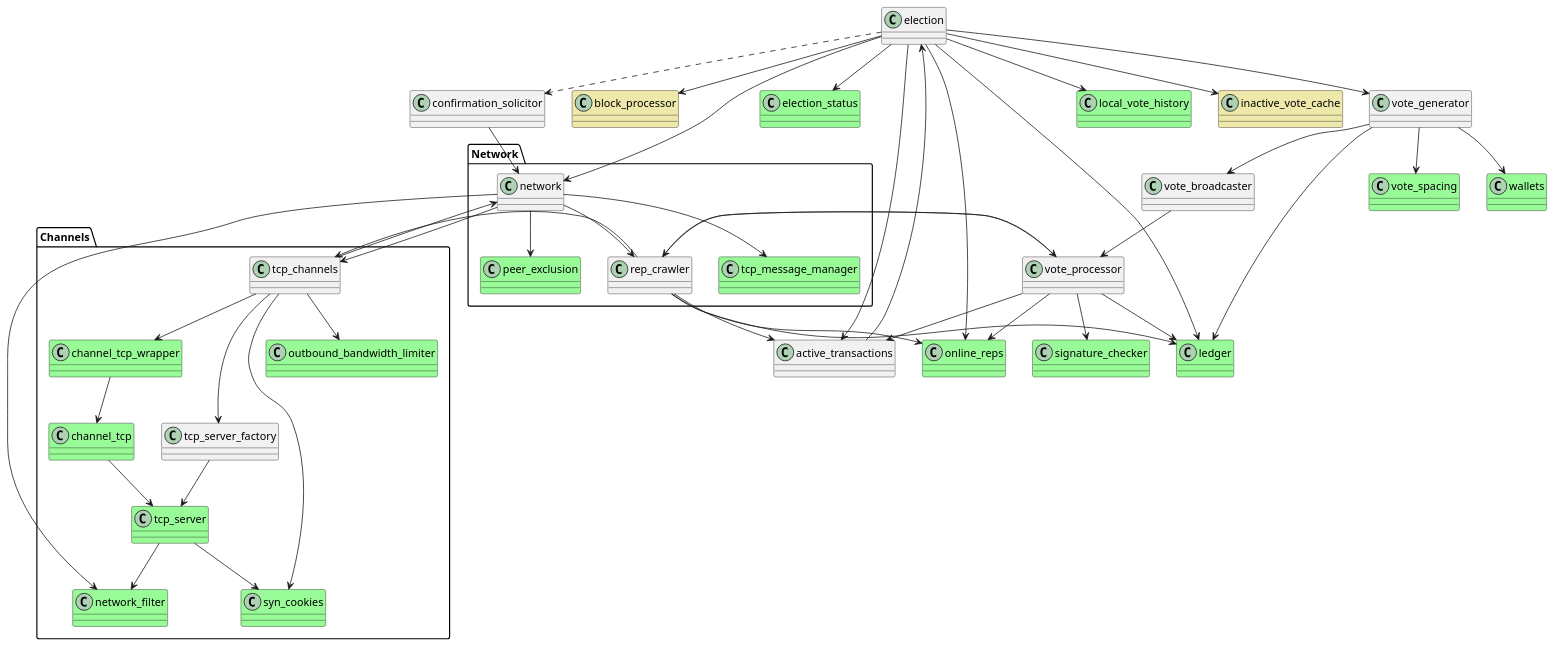
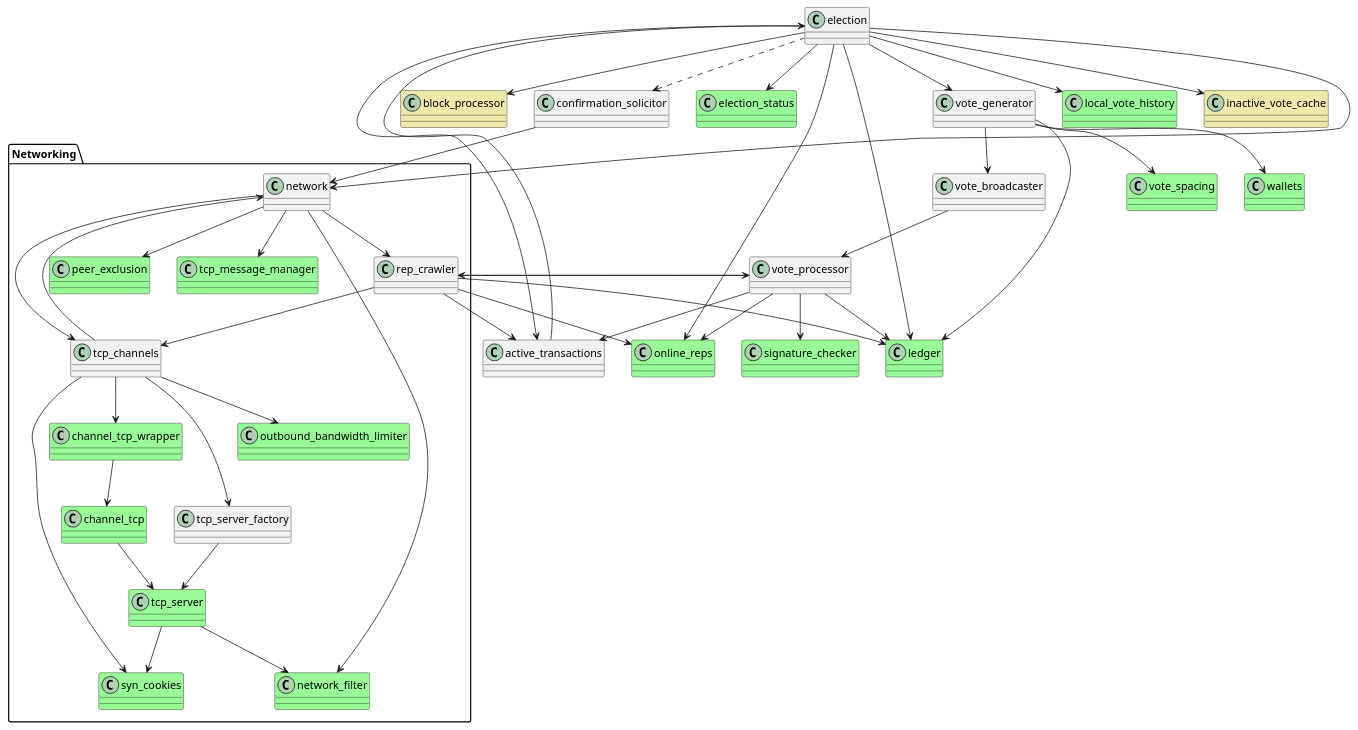
One commit to stjet/rsban-node changed the diagram in rust/doc/port_blockprocessor.puml. Above: the diagram before and after it, drawn with PlantUML. The commit also changed 5 other files, not shown here.

```diff
--- a/rust/doc/port_blockprocessor.puml
+++ b/rust/doc/port_blockprocessor.puml
@@ -1,87 +1,84 @@
 @startuml "Port Blockprocessor"
 class block_processor #PaleGoldenRod
 class active_transactions
 class election
 class confirmation_solicitor
 class election_status #PaleGreen
 class online_reps #PaleGreen
 class ledger #PaleGreen
 class vote_generator
 class vote_broadcaster
 class vote_processor
 class vote_spacing #PaleGreen
 class wallets #PaleGreen
 class local_vote_history #PaleGreen
 class inactive_vote_cache #PaleGoldenRod
 class signature_checker #PaleGreen
 
-package "Network"{
+package "Networking"{
 class network
 class rep_crawler
+class peer_exclusion #PaleGreen
 class tcp_message_manager #PaleGreen
-class peer_exclusion #PaleGreen
-}
-
-package "Channels"{
 class channel_tcp_wrapper #PaleGreen
 class channel_tcp #PaleGreen
 class outbound_bandwidth_limiter #PaleGreen
 class syn_cookies #PaleGreen
 class tcp_server #PaleGreen
 class tcp_channels
 class tcp_server_factory
 class network_filter #PaleGreen
 }
 
 active_transactions --> election
 confirmation_solicitor --> network
 
 election --> active_transactions
 election --> election_status
 election --> online_reps
 election --> ledger
 election --> block_processor
 election --> vote_generator
 election --> network
 election --> local_vote_history
 election --> inactive_vote_cache
 election ..> confirmation_solicitor
 
 vote_generator --> vote_broadcaster
 vote_broadcaster --> vote_processor
 vote_generator --> vote_spacing
 vote_generator --> ledger
 vote_generator --> wallets
 
 vote_processor --> signature_checker
 vote_processor --> active_transactions
 vote_processor --> online_reps
 vote_processor --> rep_crawler 
 vote_processor --> ledger
 
 rep_crawler --> tcp_channels
 rep_crawler --> online_reps
 rep_crawler --> ledger
 rep_crawler --> active_transactions
 rep_crawler --> vote_processor
 
 network --> peer_exclusion
 network --> tcp_message_manager
 network --> network_filter
 network --> tcp_channels
 network --> rep_crawler
 
 tcp_channels --> tcp_server_factory
 tcp_channels --> outbound_bandwidth_limiter
 tcp_channels --> syn_cookies
 tcp_channels --> network
 tcp_channels --> channel_tcp_wrapper
 
 tcp_server_factory --> tcp_server
 tcp_server --> syn_cookies
 tcp_server --> network_filter
 
 channel_tcp_wrapper --> channel_tcp
 channel_tcp --> tcp_server
 
 @enduml
```
